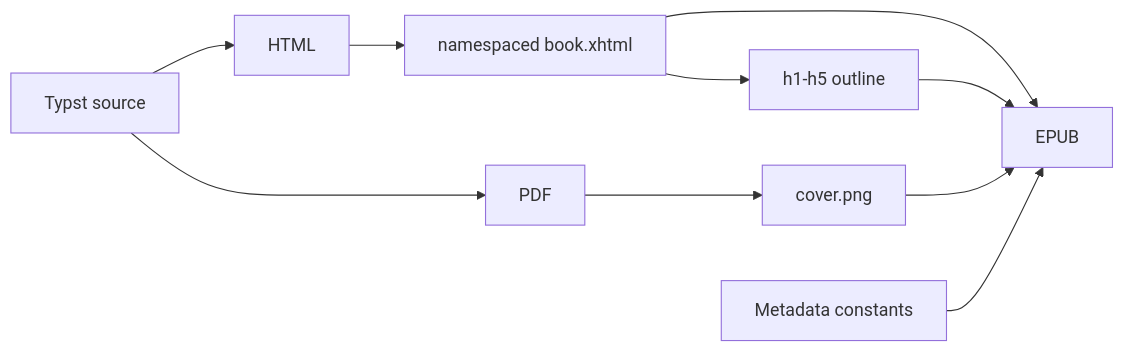
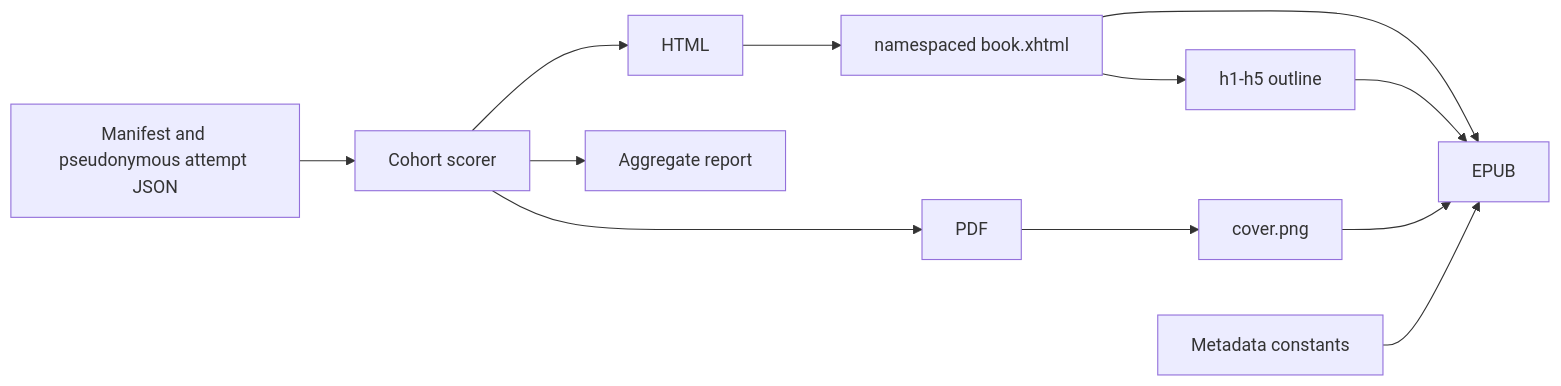
One commit to streamentry/streamentry changed the fifth of 5 diagrams in scripts/AGENTS.md. Above: the diagram before and after it, drawn with Mermaid. The commit also changed other lines of this file and 45 other files, not shown here.

````diff
--- a/scripts/AGENTS.md
+++ b/scripts/AGENTS.md
@@ -75,12 +97,14 @@
 ```mermaid
 flowchart LR
   S["Typst source"] --> H["HTML"]
   S --> P["PDF"]
   H --> X["namespaced book.xhtml"]
   X --> N["h1-h5 outline"]
   P --> I["cover.png"]
   X --> Z["EPUB"]
   N --> Z
   I --> Z
   D["Metadata constants"] --> Z
+  R["Manifest and pseudonymous attempt JSON"] --> S["Cohort scorer"]
+  S --> A["Aggregate report"]
 ```
````
